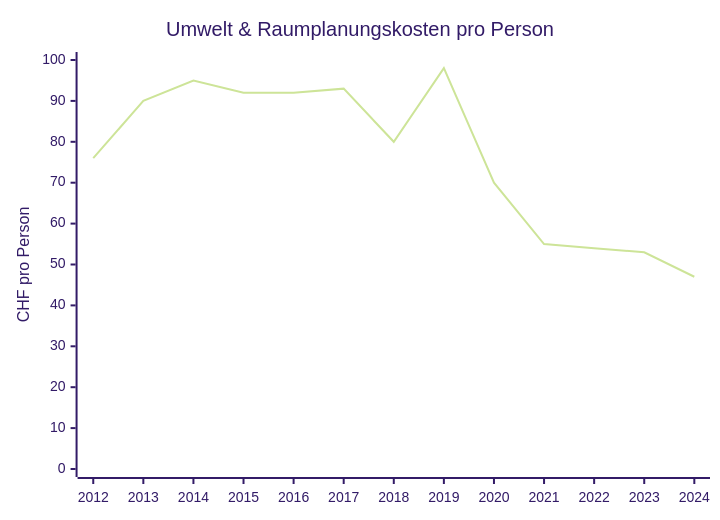
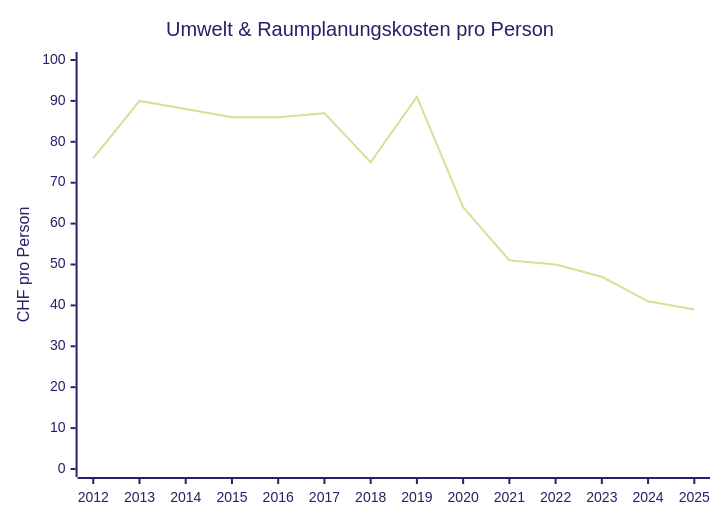
The eighth of 8 diagrams in docs/politik/finanzen-beringen.de.md (risajef/risajef.github.io), drawn with Mermaid (forest theme) before and after one commit. The commit also changed other lines of this file and 1 other file, not shown here.

````diff
--- a/docs/politik/finanzen-beringen.de.md
+++ b/docs/politik/finanzen-beringen.de.md
@@ -128,7 +128,7 @@
 ```mermaid
 xychart
 title "Umwelt & Raumplanungskosten pro Person"
-x-axis [2012, 2013, 2014, 2015, 2016, 2017, 2018, 2019, 2020, 2021, 2022, 2023, 2024]
+x-axis [2012, 2013, 2014, 2015, 2016, 2017, 2018, 2019, 2020, 2021, 2022, 2023, 2024, 2025]
 y-axis "CHF pro Person" 0 --> 100
-line [76, 90, 95, 92, 92, 93, 80, 98, 70, 55, 54, 53, 47]
+line [76, 90, 88, 86, 86, 87, 75, 91, 64, 51, 50, 47, 41, 39]
 ```
````
